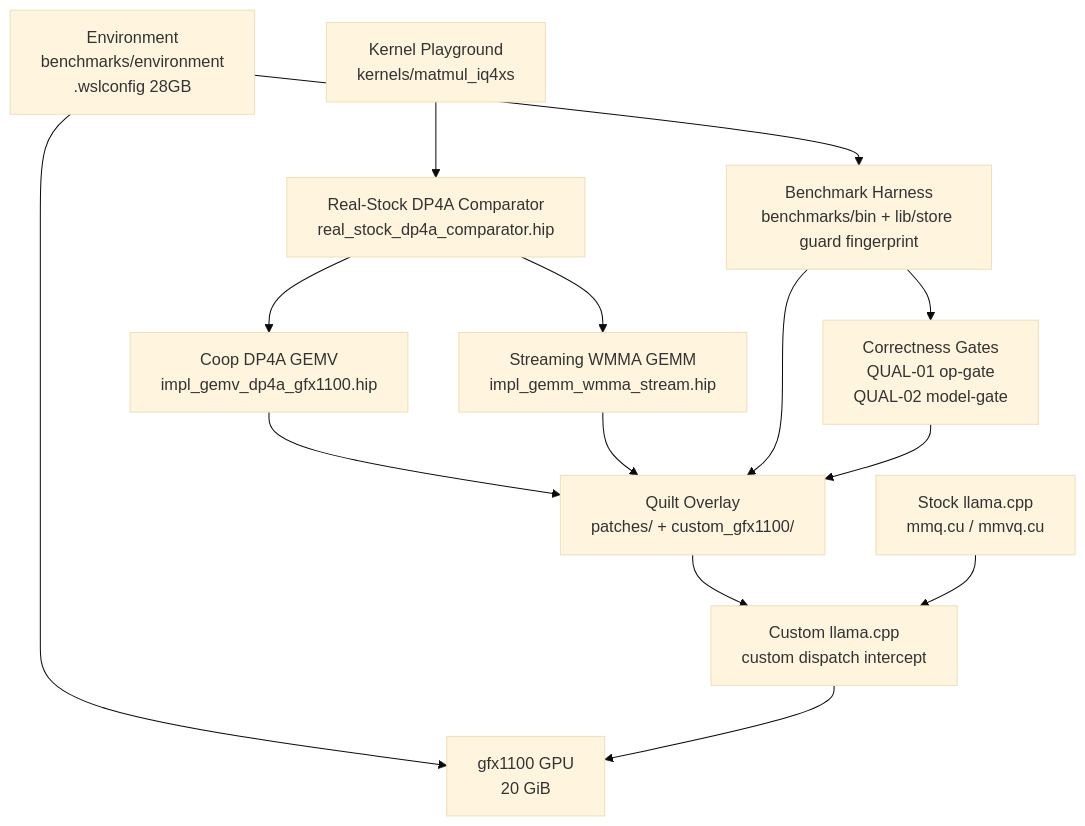
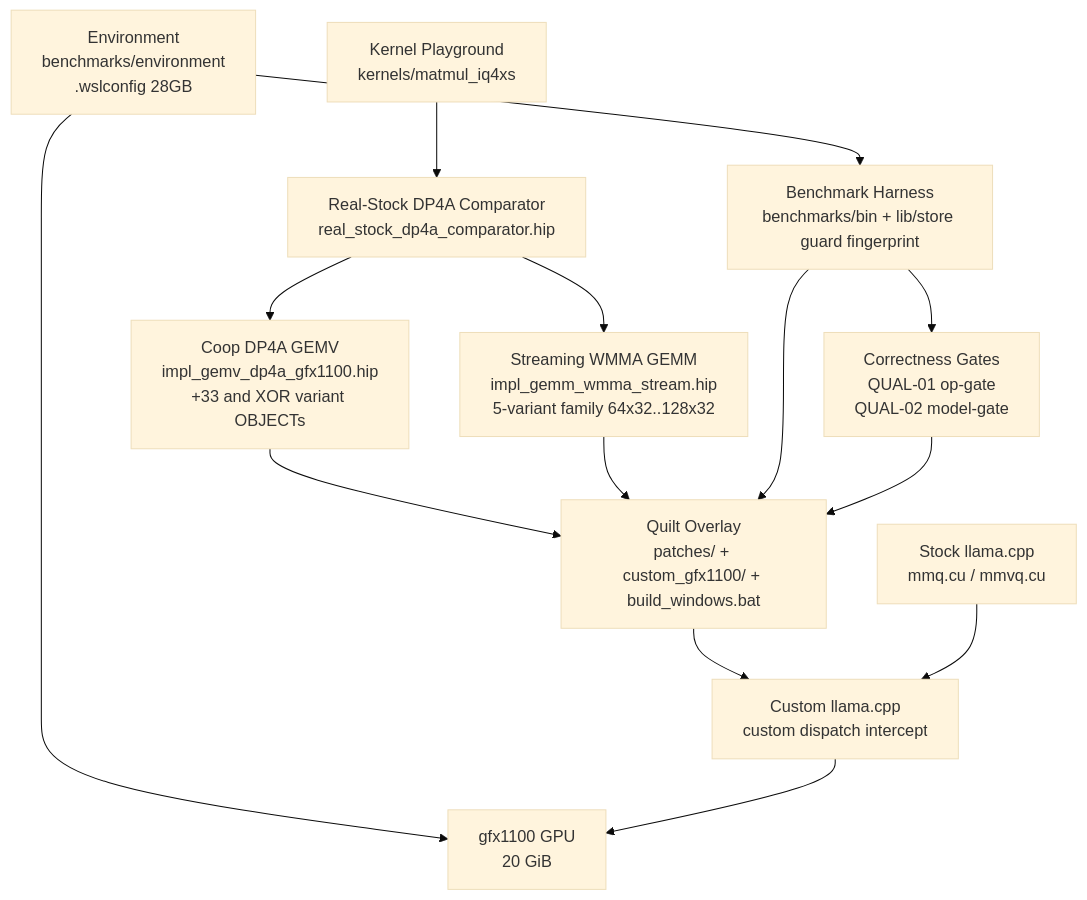
The second of 2 diagrams in docs/ARCHITECTURE.md (vinnipukh/qwen_3.8_27b_optimizations), drawn with Mermaid (base theme) before and after one commit. The commit also changed other lines of this file and 5 other files, not shown here.

````diff
--- a/docs/ARCHITECTURE.md
+++ b/docs/ARCHITECTURE.md
@@ -32,28 +32,28 @@
 ```mermaid
 graph TD
   Harness[Benchmark Harness<br/>benchmarks/bin + lib/store guard fingerprint]
   Env[Environment<br/>benchmarks/environment<br/>.wslconfig 28GB]
   Gates[Correctness Gates<br/>QUAL-01 op-gate<br/>QUAL-02 model-gate]
   Playground[Kernel Playground<br/>kernels/matmul_iq4xs]
   Comparator[Real-Stock DP4A Comparator<br/>real_stock_dp4a_comparator.hip]
-  GemvDP4A[Coop DP4A GEMV<br/>impl_gemv_dp4a_gfx1100.hip]
-  GemmWMMA[Streaming WMMA GEMM<br/>impl_gemm_wmma_stream.hip]
-  Quilt[Quilt Overlay<br/>patches/ + custom_gfx1100/]
+  GemvDP4A[Coop DP4A GEMV<br/>impl_gemv_dp4a_gfx1100.hip<br/>+33 and XOR variant OBJECTs]
+  GemmWMMA[Streaming WMMA GEMM<br/>impl_gemm_wmma_stream.hip<br/>5-variant family 64x32..128x32]
+  Quilt[Quilt Overlay<br/>patches/ + custom_gfx1100/ + build_windows.bat]
   LlamaStock[Stock llama.cpp<br/>mmq.cu / mmvq.cu]
   LlamaCustom[Custom llama.cpp<br/>custom dispatch intercept]
   GPU[gfx1100 GPU<br/>20 GiB]
 
   Harness --> Gates
   Env --> Harness
   Env --> GPU
   Playground --> Comparator
   Comparator --> GemvDP4A
   Comparator --> GemmWMMA
   GemvDP4A --> Quilt
   GemmWMMA --> Quilt
   Quilt --> LlamaCustom
   LlamaStock --> LlamaCustom
   LlamaCustom --> GPU
   Harness --> Quilt
   Gates --> Quilt
 ```
````
